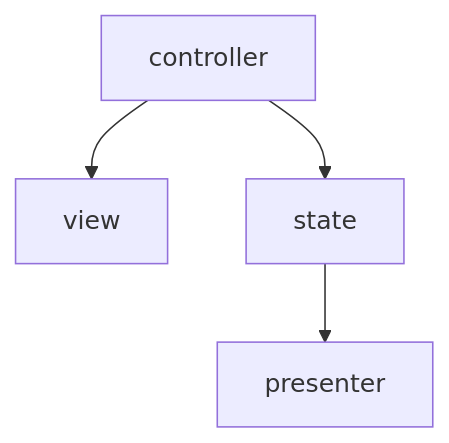
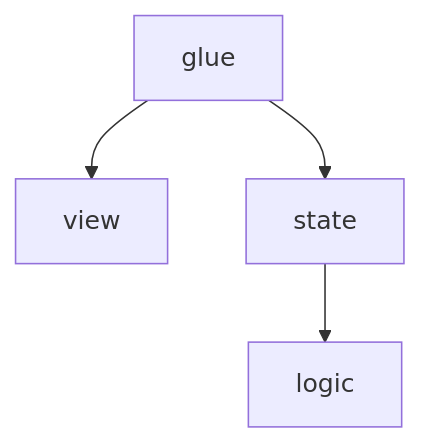
One commit to GautierBlandin/software-craftmanship changed the diagram in frontend/component.md. Above: the diagram before and after it, drawn with Mermaid. The commit also changed other lines of this file, not shown here.

````diff
--- a/frontend/component.md
+++ b/frontend/component.md
@@ -55,6 +16,6 @@
 ```mermaid
 graph TD
-  controller --> view
-  controller --> state
-  state --> presenter
+  glue --> view
+  glue --> state
+  state --> logic
 ```
````
